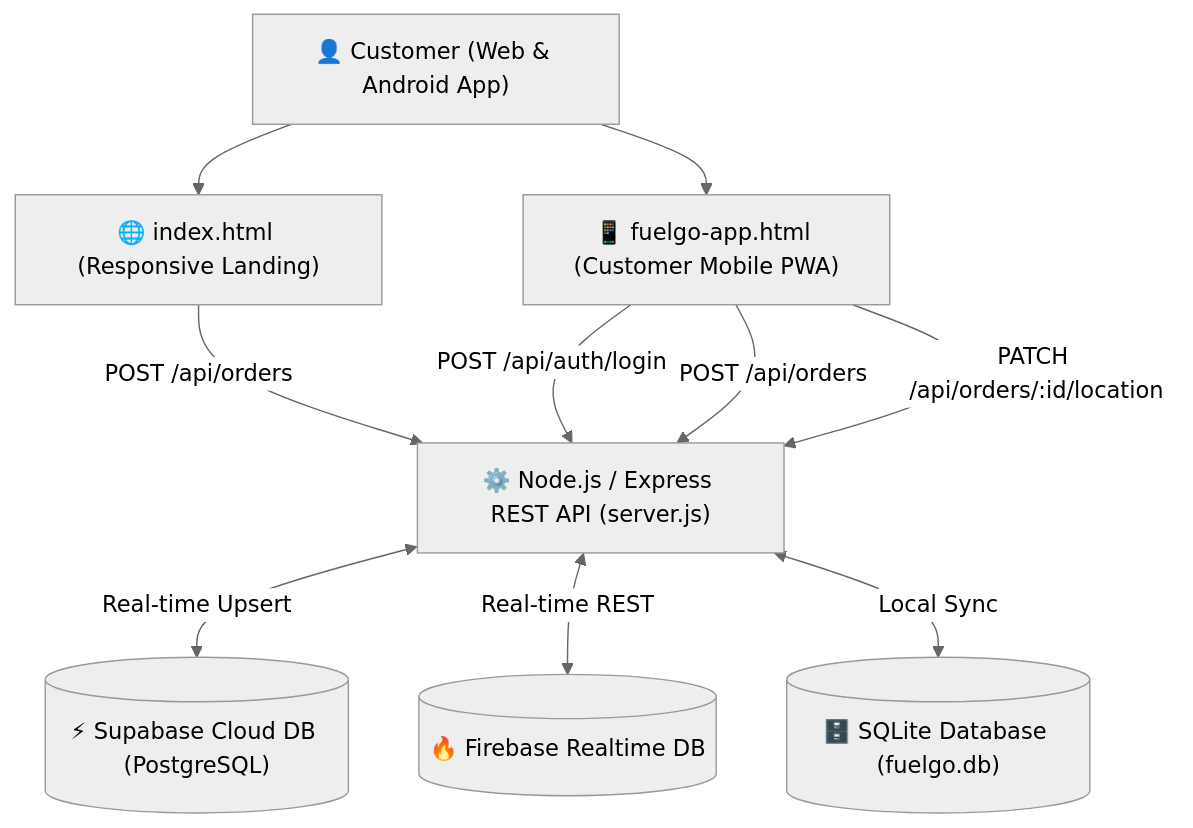
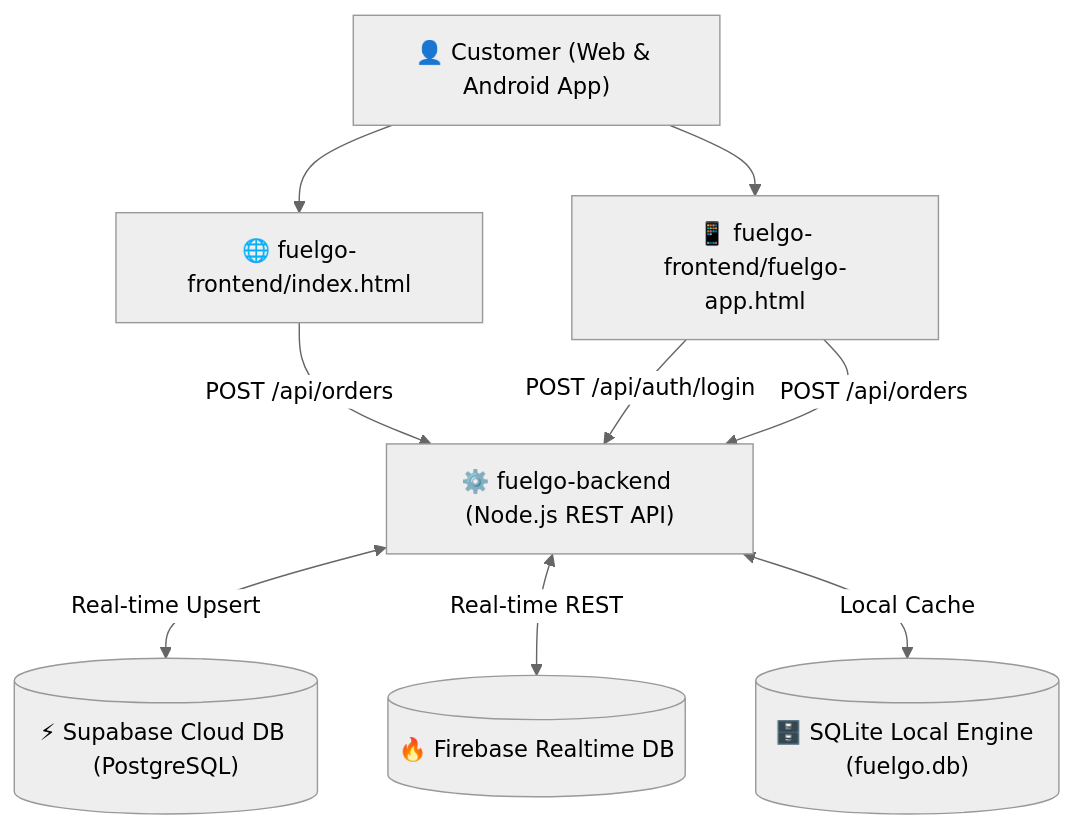
Before and after one commit to Pawan2431/fuelgo: the diagram in README.md, drawn with Mermaid (neutral theme). The commit also changed other lines of this file and 8 other files, not shown here.

Commit message:
refactor(architecture): separate application into fuelgo-frontend and fuelgo-backend directories for independent deployment

````diff
--- a/README.md
+++ b/README.md
@@ -37,24 +61,23 @@
 ```mermaid
 graph TD
     User["👤 Customer (Web & Android App)"]
-    WebLanding["🌐 index.html (Responsive Landing)"]
-    MobileApp["📱 fuelgo-app.html (Customer Mobile PWA)"]
+    WebLanding["🌐 fuelgo-frontend/index.html"]
+    MobileApp["📱 fuelgo-frontend/fuelgo-app.html"]
     
-    Backend["⚙️ Node.js / Express REST API (server.js)"]
+    Backend["⚙️ fuelgo-backend (Node.js REST API)"]
     
     DB1[("⚡ Supabase Cloud DB (PostgreSQL)")]
     DB2[("🔥 Firebase Realtime DB")]
-    DB3[("🗄️ SQLite Database (fuelgo.db)")]
+    DB3[("🗄️ SQLite Local Engine (fuelgo.db)")]
     
     User --> WebLanding
     User --> MobileApp
     
     WebLanding -->|POST /api/orders| Backend
     MobileApp -->|POST /api/auth/login| Backend
     MobileApp -->|POST /api/orders| Backend
-    MobileApp -->|PATCH /api/orders/:id/location| Backend
     
     Backend <-->|Real-time Upsert| DB1
     Backend <-->|Real-time REST| DB2
-    Backend <-->|Local Sync| DB3
+    Backend <-->|Local Cache| DB3
 ```
````
